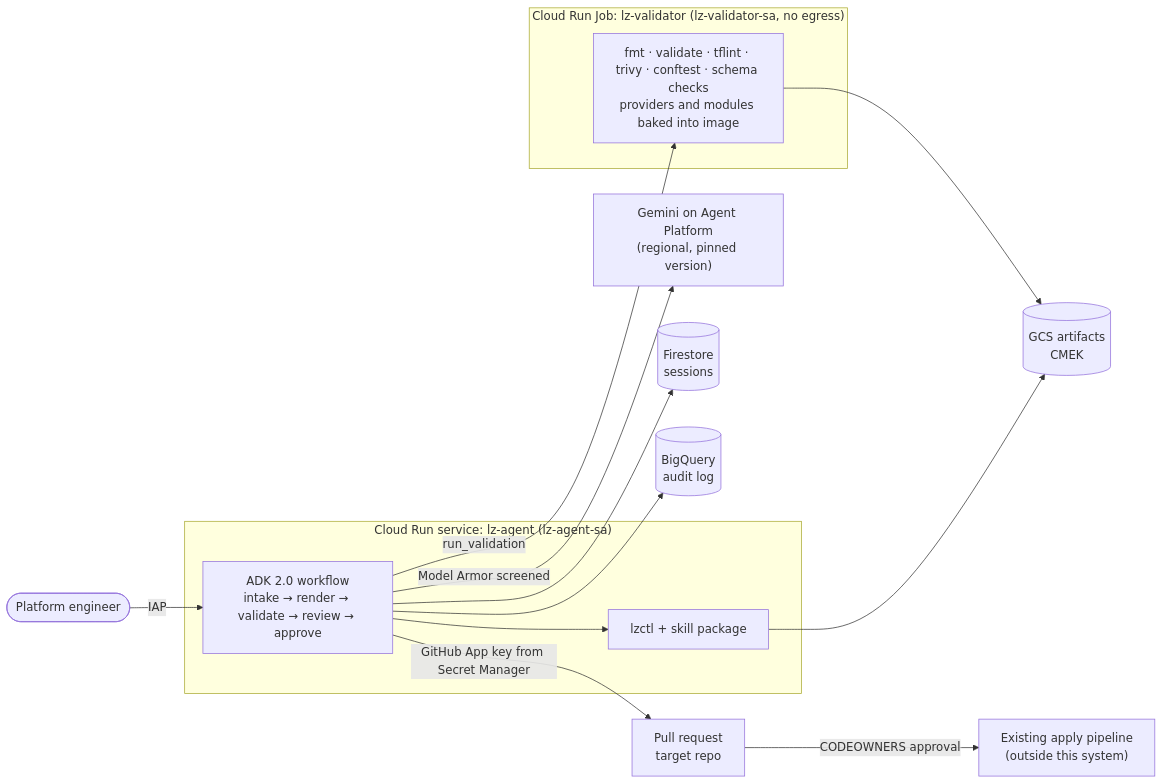
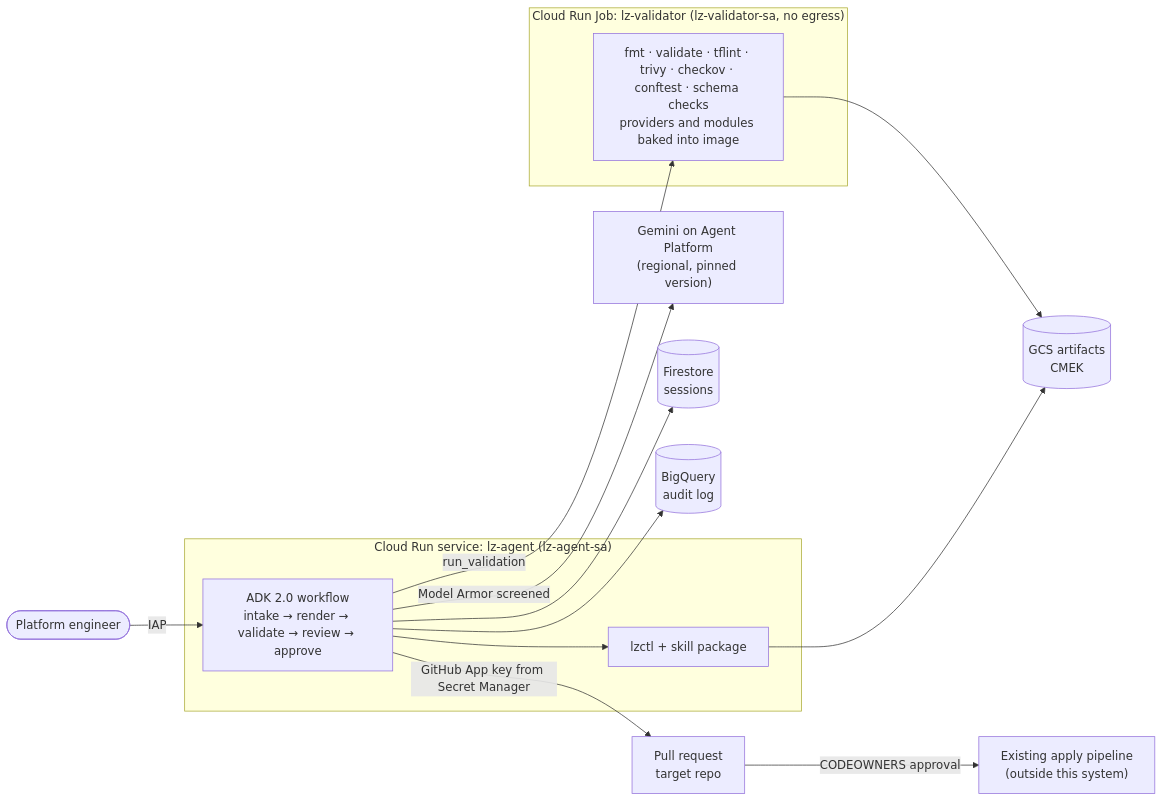
One commit to loriamichaelj/terraform-landing-zone-template-skill changed the diagram in docs/DESIGN.md. Above: the diagram before and after it, drawn with Mermaid. The commit also changed other lines of this file and 7 other files, not shown here.

First line of the commit message:
feat(skill): scan rendered HCL with trivy and checkov in lzctl check

````diff
--- a/docs/DESIGN.md
+++ b/docs/DESIGN.md
@@ -86,24 +86,24 @@
 ```mermaid
 flowchart LR
   user([Platform engineer]) -->|IAP| agent
 
   subgraph run["Cloud Run service: lz-agent (lz-agent-sa)"]
     agent["ADK 2.0 workflow<br/>intake → render → validate → review → approve"]
     lzctl["lzctl + skill package"]
     agent --> lzctl
   end
 
   agent -->|Model Armor screened| gemini["Gemini on Agent Platform<br/>(regional, pinned version)"]
   agent --> fs[("Firestore<br/>sessions")]
   lzctl --> gcs[("GCS artifacts<br/>CMEK")]
   agent -->|run_validation| job
 
   subgraph iso["Cloud Run Job: lz-validator (lz-validator-sa, no egress)"]
-    job["fmt · validate · tflint · trivy · conftest · schema checks<br/>providers and modules baked into image"]
+    job["fmt · validate · tflint · trivy · checkov · conftest · schema checks<br/>providers and modules baked into image"]
   end
 
   job --> gcs
   agent --> bq[("BigQuery<br/>audit log")]
   agent -->|GitHub App key from Secret Manager| pr["Pull request<br/>target repo"]
   pr -->|CODEOWNERS approval| pipeline["Existing apply pipeline<br/>(outside this system)"]
 ```
````
